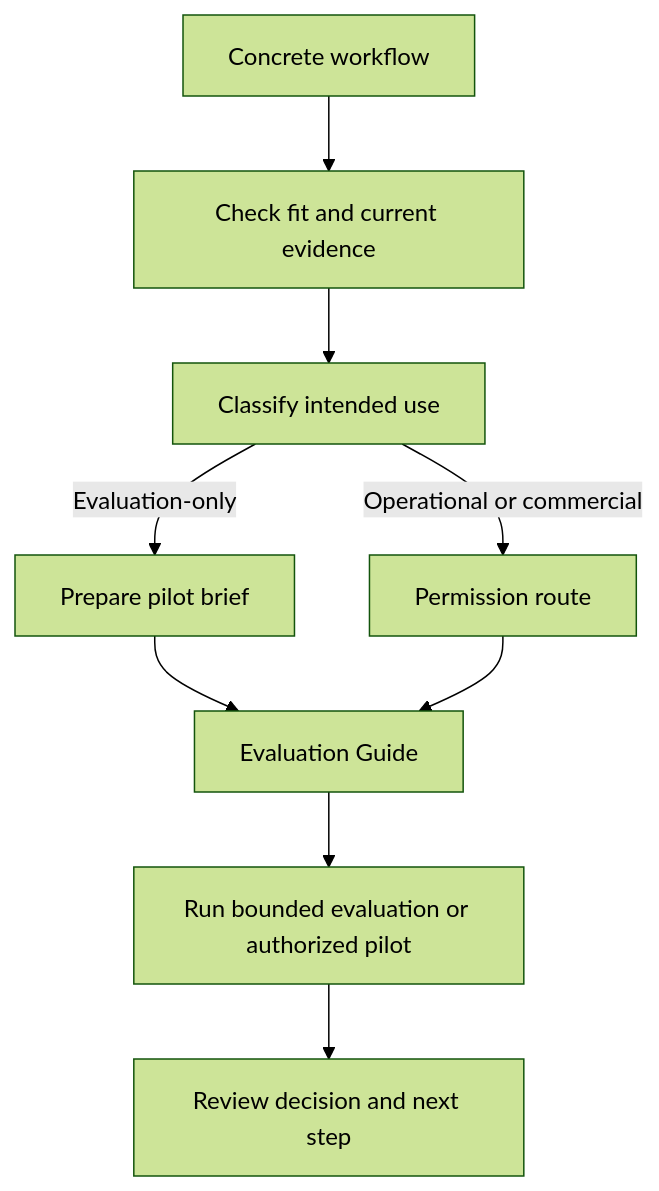
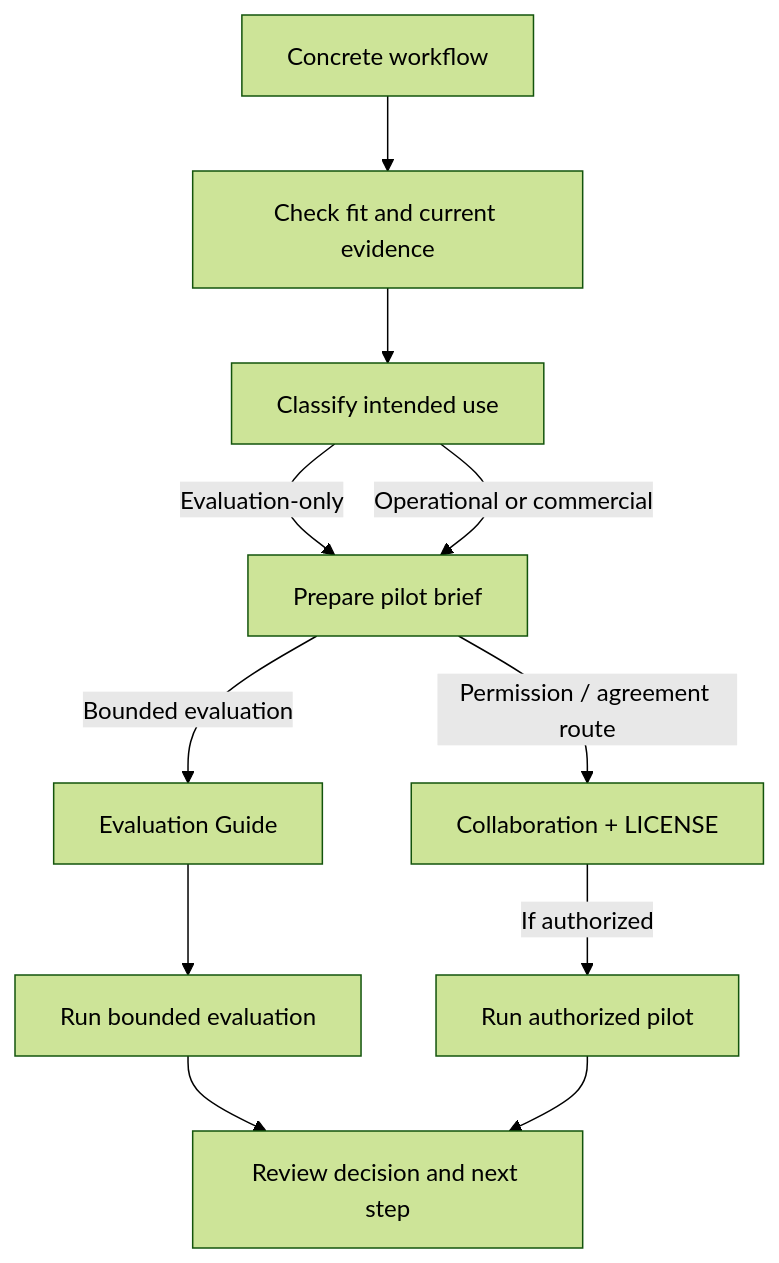
One commit to jakbuczarnecki/intergrax changed the diagram in docs/project/community/PARTNERS.md. Above: the diagram before and after it, drawn with Mermaid (forest theme). The commit also changed 1 other file, not shown here.

Commit message:
docs: separate evaluation and authorized pilot routes

````diff
--- a/docs/project/community/PARTNERS.md
+++ b/docs/project/community/PARTNERS.md
@@ -47,11 +47,13 @@
 ```mermaid
 flowchart TD
     A[Concrete workflow] --> B[Check fit and current evidence]
     B --> C[Classify intended use]
     C -->|Evaluation-only| D[Prepare pilot brief]
-    C -->|Operational or commercial| E[Permission route]
-    D --> F[Evaluation Guide]
-    E --> F
-    F --> G[Run bounded evaluation or authorized pilot]
-    G --> H[Review decision and next step]
+    C -->|Operational or commercial| D
+    D -->|Bounded evaluation| E[Evaluation Guide]
+    E --> F[Run bounded evaluation]
+    D -->|Permission / agreement route| G[Collaboration + LICENSE]
+    G -->|If authorized| H[Run authorized pilot]
+    F --> I[Review decision and next step]
+    H --> I
 ```
````
